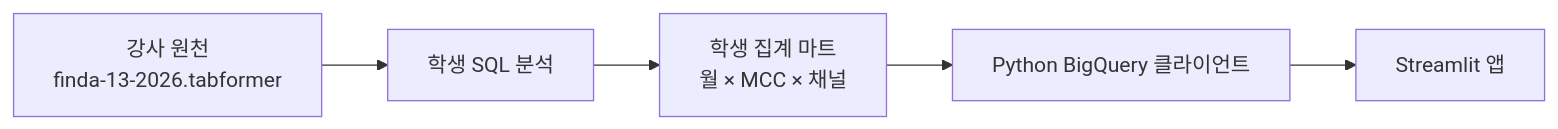
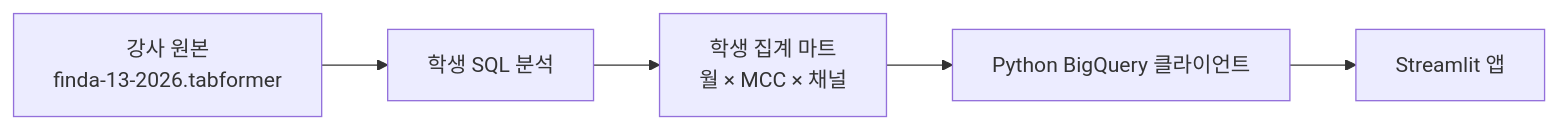
One commit to Eunjung-Cho/bdai13-bigquery changed the first of 2 diagrams in docs/reference/dashboard-connection.md. Above: the diagram before and after it, drawn with Mermaid. The commit also changed other lines of this file and 34 other files, not shown here.

````diff
--- a/docs/reference/dashboard-connection.md
+++ b/docs/reference/dashboard-connection.md
@@ -12,7 +12,7 @@
 ```mermaid
 flowchart LR
-    R["강사 원천<br/>finda-13-2026.tabformer"] --> S[학생 SQL 분석]
+    R["강사 원본<br/>finda-13-2026.tabformer"] --> S[학생 SQL 분석]
     S --> M["학생 집계 마트<br/>월 × MCC × 채널"]
     M --> P[Python BigQuery 클라이언트]
     P --> A[Streamlit 앱]
 ```
````
